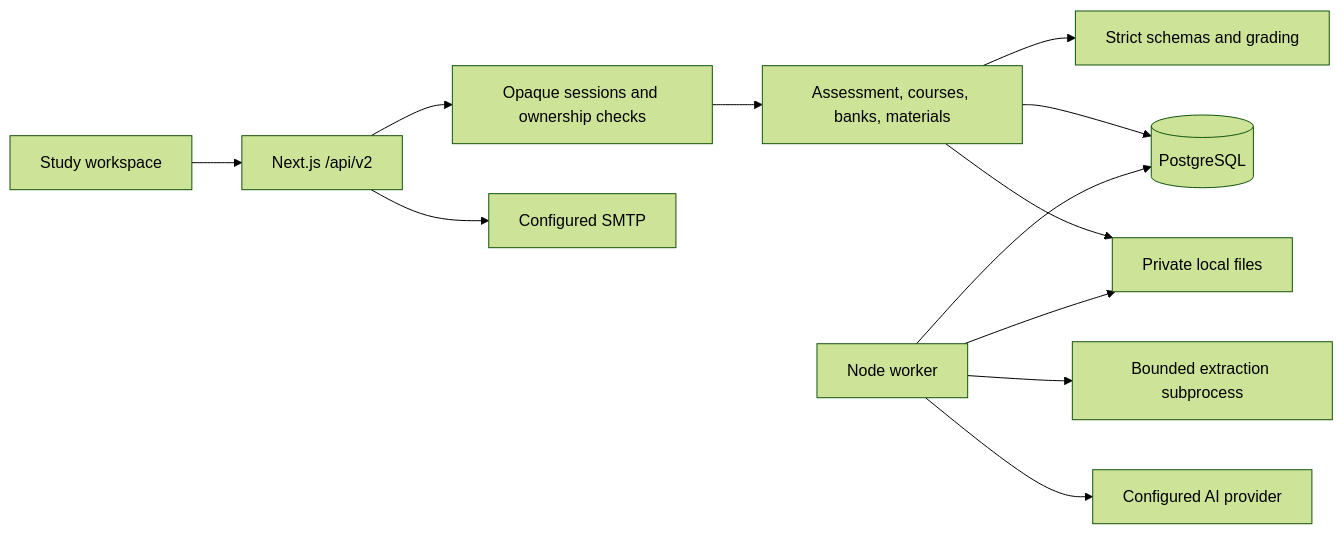
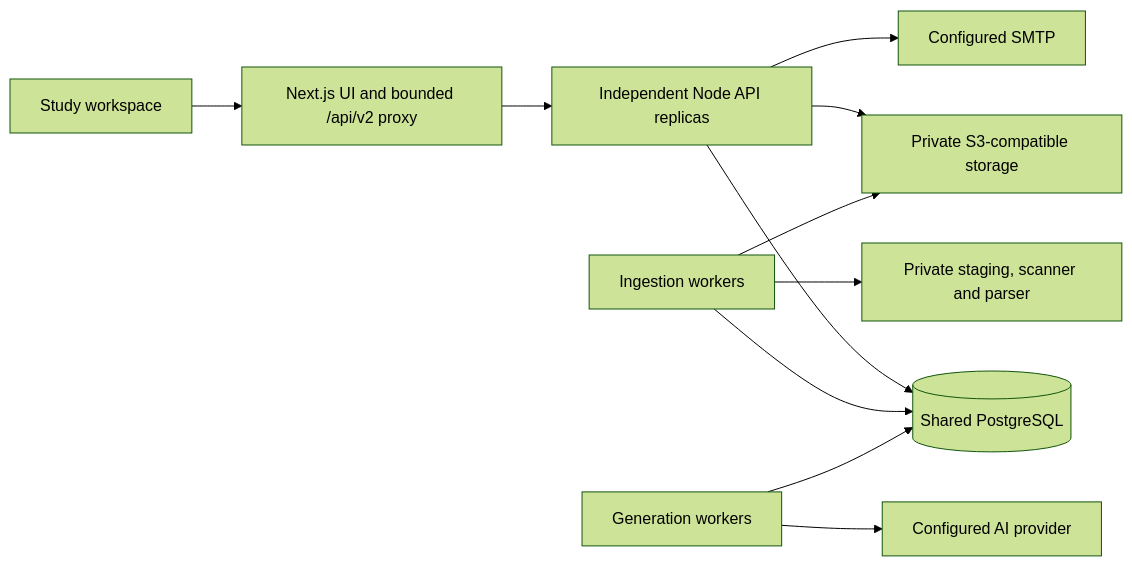
The diagram in docs/ARCHITECTURE.md (CSingh26/quiz-app), drawn with Mermaid (forest theme) before and after one commit. The commit also changed other lines of this file and 18 other files, not shown here.

````diff
--- a/docs/ARCHITECTURE.md
+++ b/docs/ARCHITECTURE.md
@@ -5,14 +5,13 @@
 ```mermaid
 flowchart LR
-  Browser[Study workspace] --> API[Next.js /api/v2]
-  API --> Auth[Opaque sessions and ownership checks]
-  Auth --> Services[Assessment, courses, banks, materials]
-  Services --> Domain[Strict schemas and grading]
-  Services --> DB[(PostgreSQL)]
-  Services --> Files[Private local files]
-  Worker[Node worker] --> DB
-  Worker --> Files
-  Worker --> Extract[Bounded extraction subprocess]
-  Worker --> AI[Configured AI provider]
+  Browser[Study workspace] --> Web[Next.js UI and bounded /api/v2 proxy]
+  Web --> API[Independent Node API replicas]
+  API --> DB[(Shared PostgreSQL)]
+  API --> Objects[Private S3-compatible storage]
   API --> SMTP[Configured SMTP]
+  Ingestion[Ingestion workers] --> DB
+  Ingestion --> Objects
+  Ingestion --> Parser[Private staging, scanner and parser]
+  Generation[Generation workers] --> DB
+  Generation --> Provider[Configured AI provider]
 ```
````
